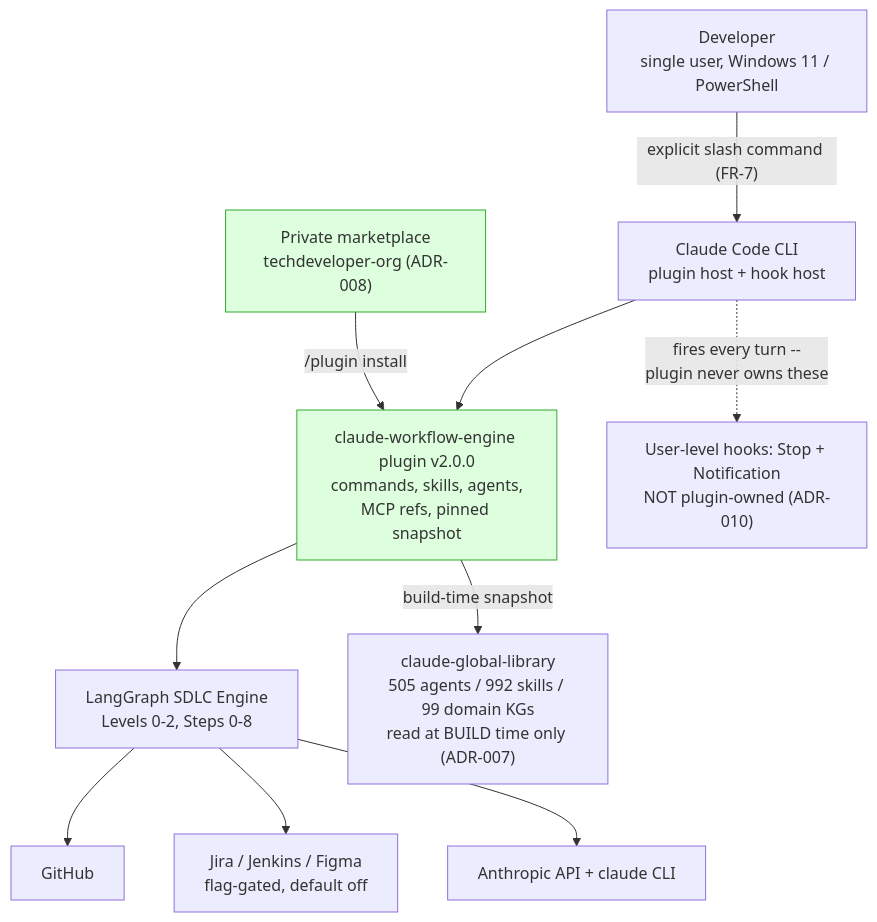
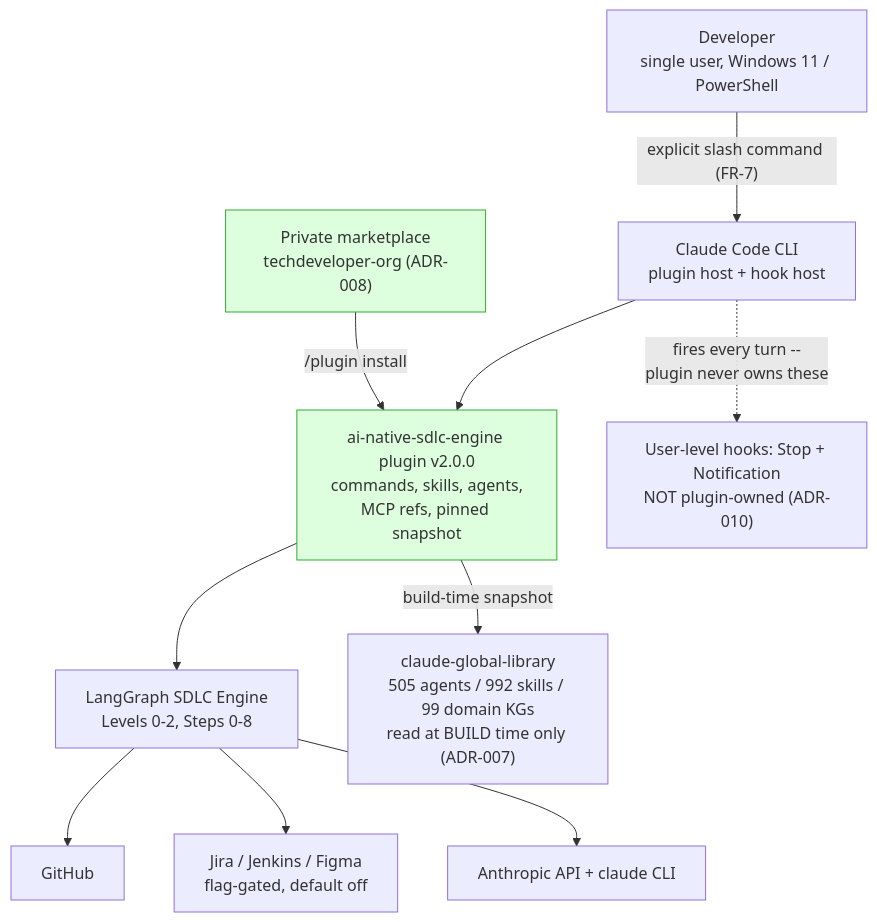
Before and after one commit to techdeveloper-org/ai-native-sdlc-engine: the first of 2 diagrams in hld_v2.md, drawn with Mermaid. The commit also changed other lines of this file and 150 other files, not shown here.

Commit message:
refactor: complete sweep of claude-workflow-engine to ai-native-sdlc-engine (#331)

````diff
--- a/hld_v2.md
+++ b/hld_v2.md
@@ -87,26 +87,26 @@
 ```mermaid
 graph TB
     DEV["Developer<br/>single user, Windows 11 / PowerShell"]
     CC["Claude Code CLI<br/>plugin host + hook host"]
-    PLUGIN["claude-workflow-engine plugin v2.0.0<br/>commands, skills, agents,<br/>MCP refs, pinned snapshot"]
+    PLUGIN["ai-native-sdlc-engine plugin v2.0.0<br/>commands, skills, agents,<br/>MCP refs, pinned snapshot"]
     ENGINE["LangGraph SDLC Engine<br/>Levels 0-2, Steps 0-8"]
     LIB["claude-global-library<br/>505 agents / 992 skills / 99 domain KGs<br/>read at BUILD time only (ADR-007)"]
     MKT["Private marketplace<br/>techdeveloper-org (ADR-008)"]
     GH["GitHub"]
     INTEG["Jira / Jenkins / Figma<br/>flag-gated, default off"]
     ANTH["Anthropic API + claude CLI"]
     USERHOOKS["User-level hooks: Stop + Notification<br/>NOT plugin-owned (ADR-010)"]
 
     DEV -->|"explicit slash command (FR-7)"| CC
     CC --> PLUGIN
     CC -.->|"fires every turn --<br/>plugin never owns these"| USERHOOKS
     PLUGIN --> ENGINE
     PLUGIN -->|"build-time snapshot"| LIB
     MKT -->|"/plugin install"| PLUGIN
     ENGINE --> GH
     ENGINE --> INTEG
     ENGINE --> ANTH
 
     classDef new fill:#dfd,stroke:#3a3
     class PLUGIN,MKT new
 ```
````
